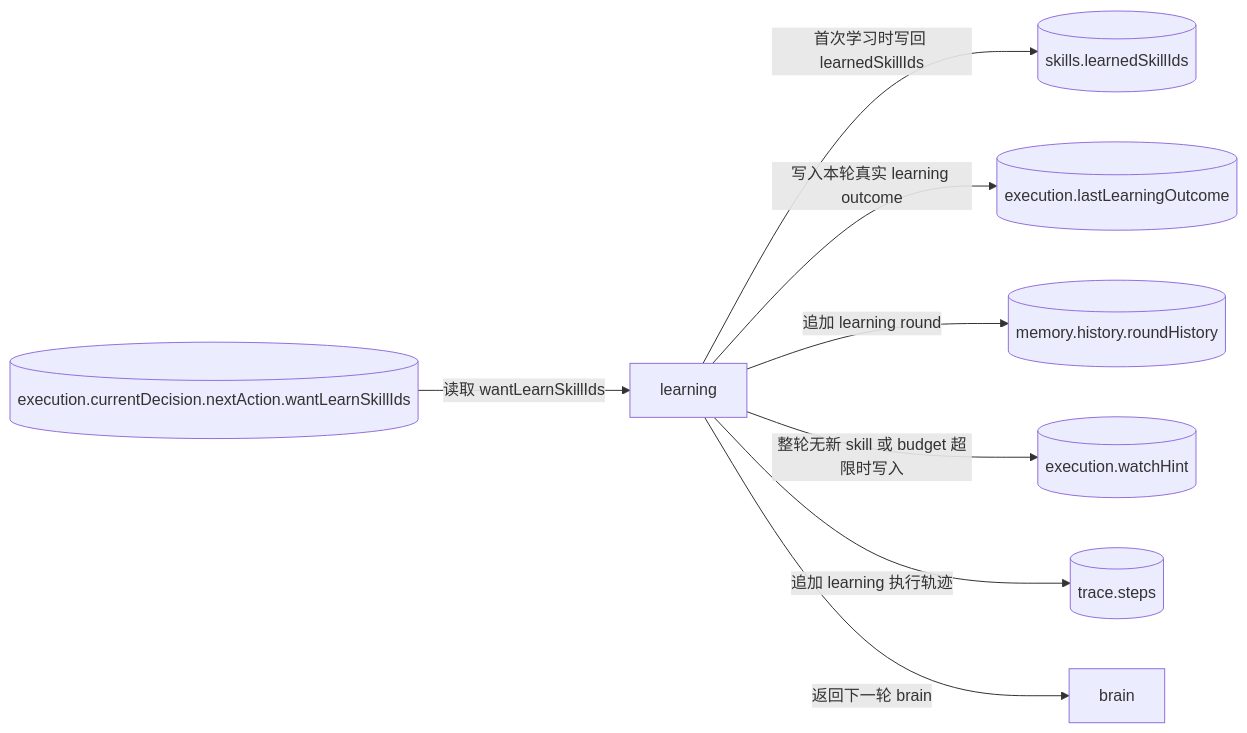
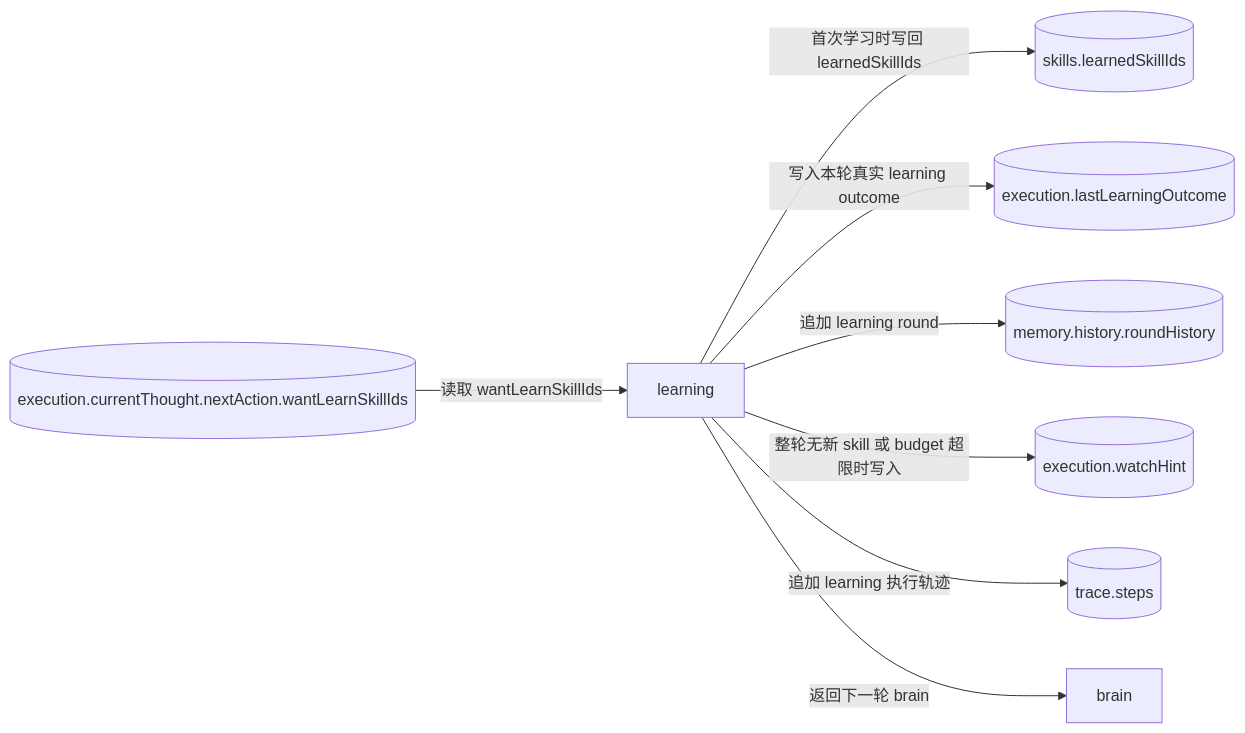
The third of 5 diagrams in doc/ai-design/data-definition-and-flow.md (Yoan98/Ncurator), drawn with Mermaid before and after one commit. The commit also changed other lines of this file and 45 other files, not shown here.

First line of the commit message:
refactor: rename HumanDecision to HumanThoughtDecision and update related logic

````diff
--- a/doc/ai-design/data-definition-and-flow.md
+++ b/doc/ai-design/data-definition-and-flow.md
@@ -1087,19 +1088,19 @@
 ```mermaid
 flowchart LR
-    CD[("execution.currentDecision.nextAction.wantLearnSkillIds")]
+    CD[("execution.currentThought.nextAction.wantLearnSkillIds")]
     L["learning"]
     SK[("skills.learnedSkillIds")]
     LLO[("execution.lastLearningOutcome")]
     PM[("memory.history.roundHistory")]
     WH[("execution.watchHint")]
     TR[("trace.steps")]
     B["brain"]
 
     CD -->|读取 wantLearnSkillIds| L
     L -->|首次学习时写回 learnedSkillIds| SK
     L -->|写入本轮真实 learning outcome| LLO
     L -->|追加 learning round| PM
     L -->|整轮无新 skill 或 budget 超限时写入| WH
     L -->|追加 learning 执行轨迹| TR
     L -->|返回下一轮 brain| B
 ```
````
